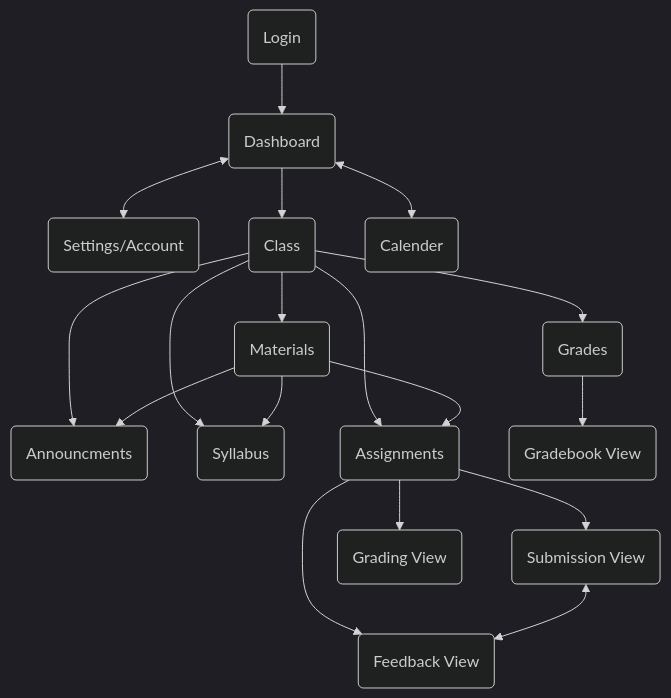
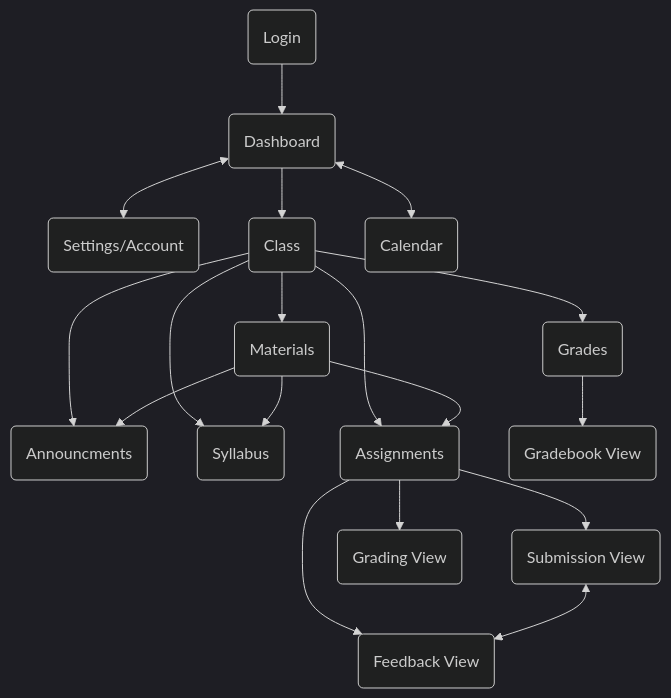
One commit to JuanSaq/f25-cisc474-individual changed the diagram in apps/docs/public/sitemap.md. Above: the diagram before and after it, drawn with Mermaid (dark theme). The commit also changed 2 other files, not shown here.

Commit message:
added wireframes

````diff
--- a/apps/docs/public/sitemap.md
+++ b/apps/docs/public/sitemap.md
@@ -5,20 +5,20 @@
 ```mermaid
     graph TD;
         A(Login)-->B(Dashboard);
         B<-->C(Settings/Account);
         B-->D(Class);
-        B<-->E(Calender);
+        B<-->E(Calendar);
         D-->F(Announcments);
         D-->G(Syllabus);
         D-->H(Materials);
         D-->I(Assignments);
         D-->J(Grades);
         J-->O(Gradebook View)
         I-->K(Submission View);
         I-->L(Feedback View);
         I-->M(Grading View);
         K<-->L;
         H-->G;
         H-->F;
         H-->I;
 ```
````
